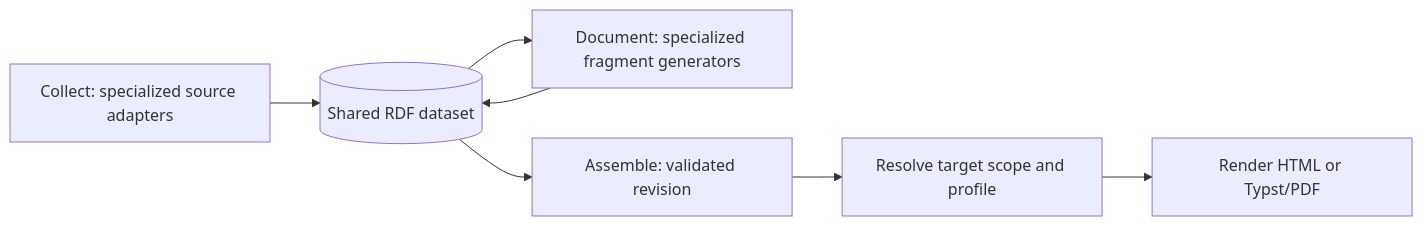
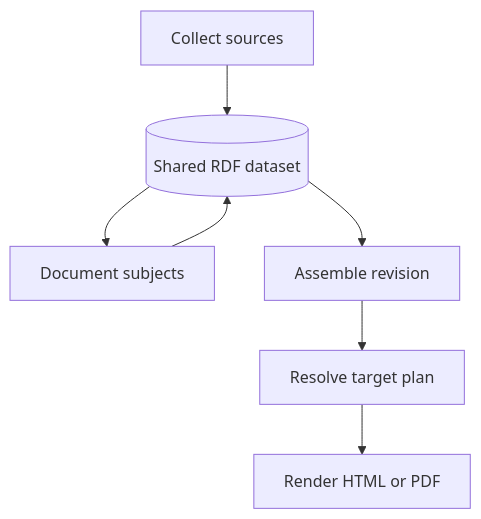
Before and after one commit to EKGF/grapharch: the diagram in docs/other/architecture/README.md, drawn with Mermaid. The commit also changed other lines of this file and 1 other file, not shown here.

Commit message:
fix(docs): keep architecture diagram labels readable

````diff
--- a/docs/other/architecture/README.md
+++ b/docs/other/architecture/README.md
@@ -15,9 +15,9 @@
 ```mermaid
-flowchart LR
-    C[Collect: specialized source adapters] --> D[(Shared RDF dataset)]
-    D --> G[Document: specialized fragment generators]
+flowchart TB
+    C[Collect sources] --> D[(Shared RDF dataset)]
+    D --> G[Document subjects]
     G --> D
-    D --> A[Assemble: validated revision]
-    A --> P[Resolve target scope and profile]
-    P --> R[Render HTML or Typst/PDF]
+    D --> A[Assemble revision]
+    A --> P[Resolve target plan]
+    P --> R[Render HTML or PDF]
 ```
````
